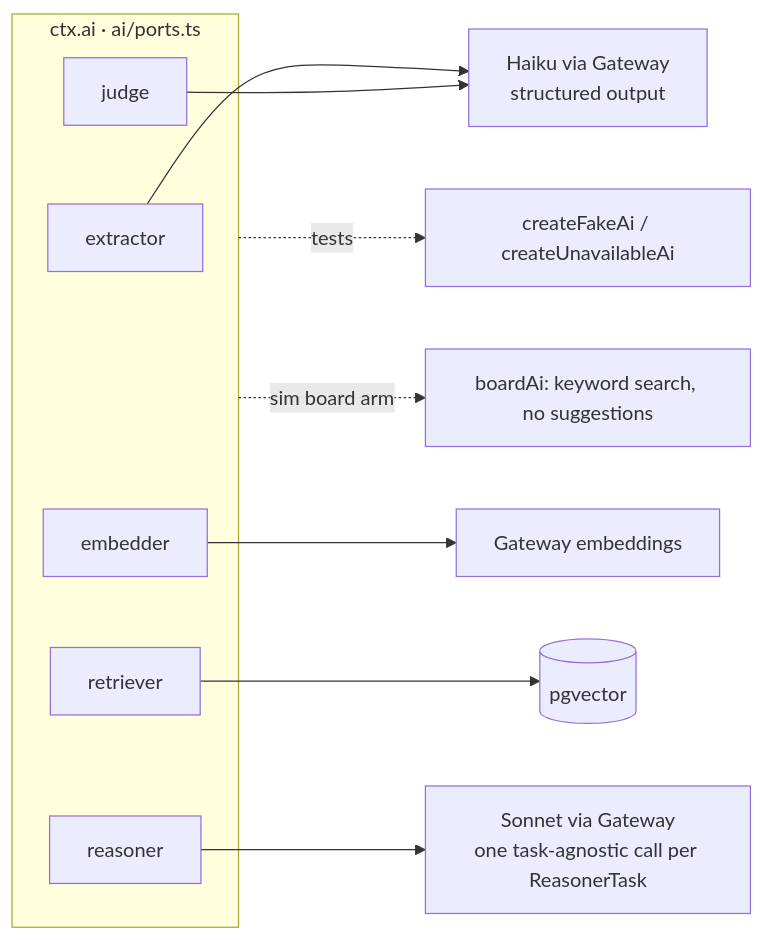
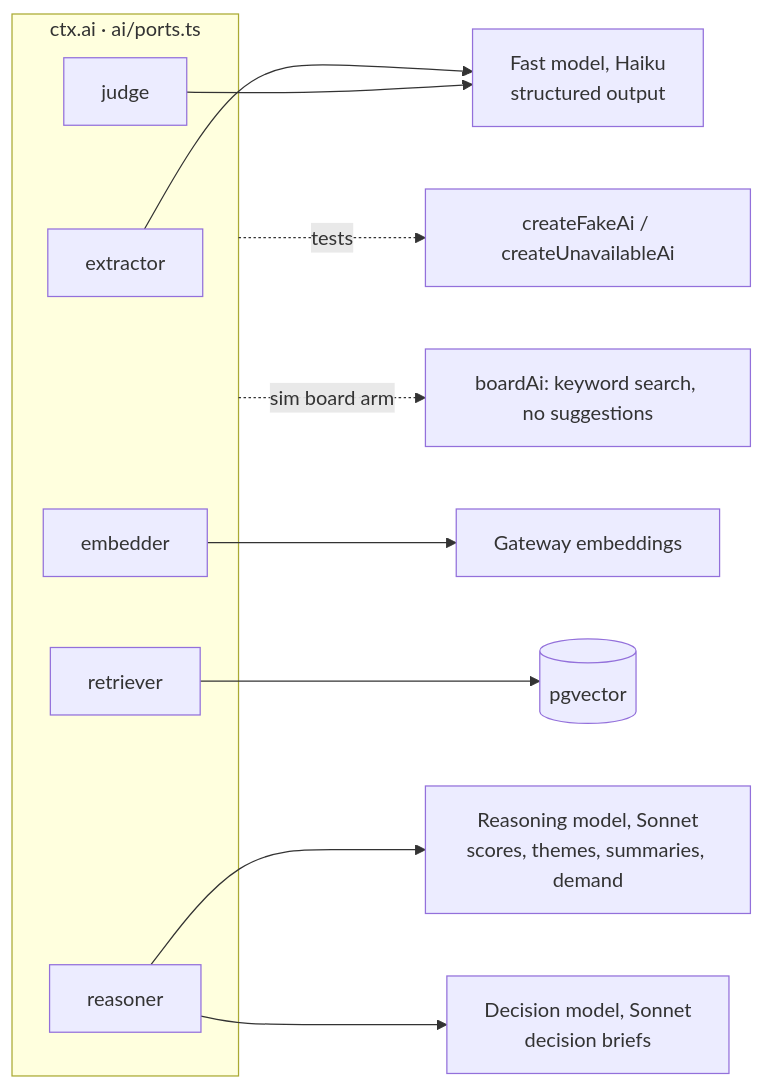
One commit to gaboesquivel/flow-signal changed the first of 6 diagrams in docs/harness/ai-pipelines.md. Above: the diagram before and after it, drawn with Mermaid. The commit also changed other lines of this file and 7 other files, not shown here.

First line of the commit message:
docs(harness): refresh diagrams for specs 006, 007, and 010 (#12)

````diff
--- a/docs/harness/ai-pipelines.md
+++ b/docs/harness/ai-pipelines.md
@@ -7,16 +7,17 @@
 ```mermaid
 flowchart LR
   subgraph Ports[ctx.ai · ai/ports.ts]
     X[extractor]
     E[embedder]
     R[retriever]
     J[judge]
     RS[reasoner]
   end
-  X & J --> HK[Haiku via Gateway<br/>structured output]
+  X & J --> HK[Fast model, Haiku<br/>structured output]
   E --> EMB[Gateway embeddings]
   R --> PGV[(pgvector)]
-  RS --> SN[Sonnet via Gateway<br/>one task-agnostic call per ReasonerTask]
+  RS --> SN[Reasoning model, Sonnet<br/>scores, themes, summaries, demand]
+  RS --> DM[Decision model, Sonnet<br/>decision briefs]
   Ports -. tests .-> FK[createFakeAi / createUnavailableAi]
   Ports -. sim board arm .-> BA[boardAi: keyword search, no suggestions]
 ```
````
